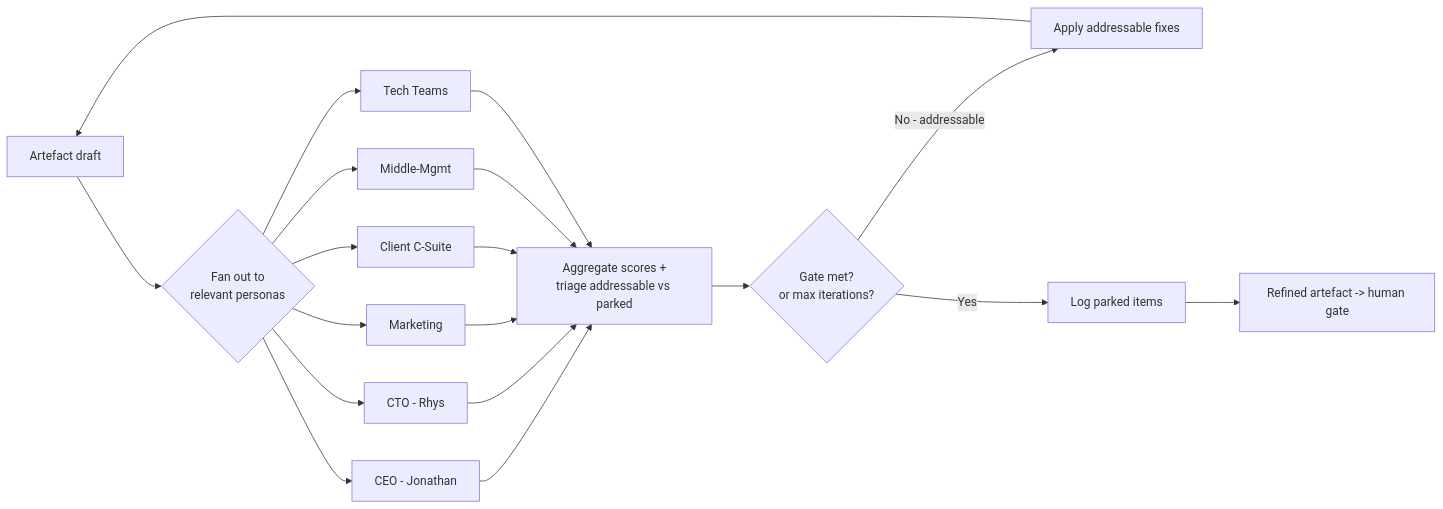
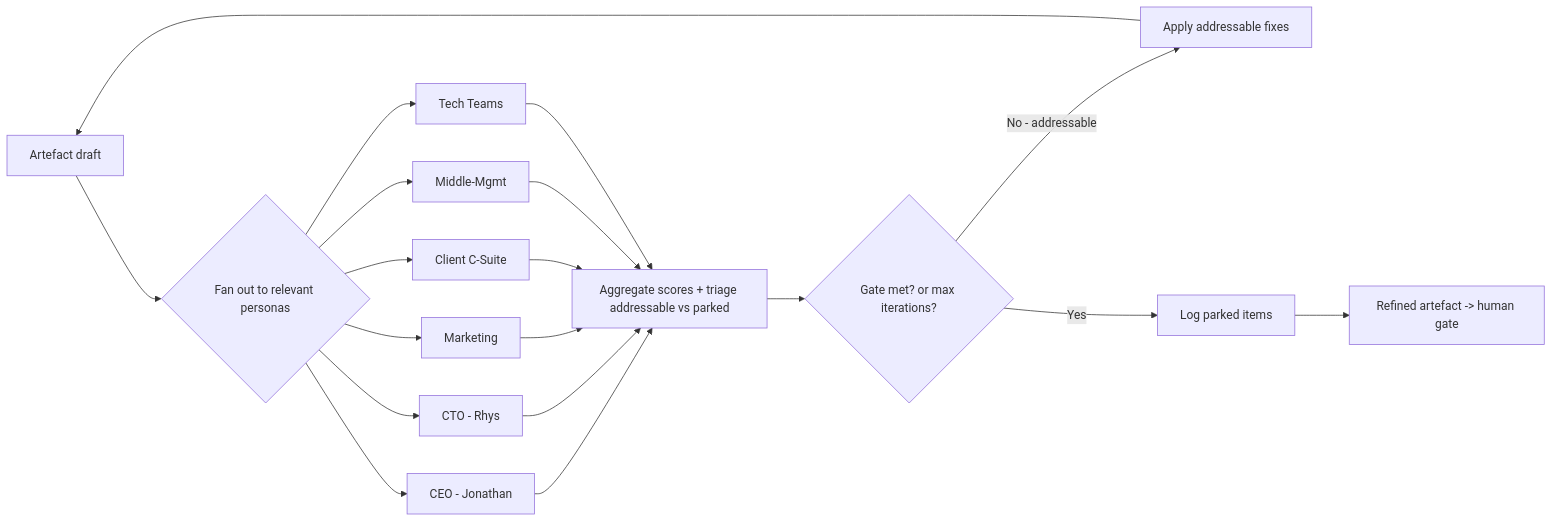
Before and after one commit to MartinWhippD55/d55-analysis: the sixth of 6 diagrams in .kiro/specs/new-programme-skill/diagram.md, drawn with Mermaid. The commit also changed other lines of this file and 11 other files, not shown here.

Commit message:
Split flow into overview + four stage diagrams; embed all in walkthrough

````diff
--- a/.kiro/specs/new-programme-skill/diagram.md
+++ b/.kiro/specs/new-programme-skill/diagram.md
@@ -49,15 +95,20 @@
 ```mermaid
 flowchart LR
-    Draft[Artefact draft] --> Fan{Fan out to<br/>relevant personas}
+    Draft[Artefact draft] --> Fan{Fan out to relevant personas}
     Fan --> P1[CEO - Jonathan]
     Fan --> P2[CTO - Rhys]
     Fan --> P3[Marketing]
     Fan --> P4[Client C-Suite]
     Fan --> P5[Middle-Mgmt]
     Fan --> P6[Tech Teams]
-    P1 & P2 & P3 & P4 & P5 & P6 --> Agg[Aggregate scores +<br/>triage addressable vs parked]
-    Agg --> Gate{Gate met?<br/>or max iterations?}
-    Gate -->|No - addressable| Fix[Apply addressable fixes]
-    Fix --> Draft
+    P1 --> Agg[Aggregate scores + triage addressable vs parked]
+    P2 --> Agg
+    P3 --> Agg
+    P4 --> Agg
+    P5 --> Agg
+    P6 --> Agg
+    Agg --> Gate{Gate met? or max iterations?}
+    Gate -->|No - addressable| Fix2[Apply addressable fixes]
+    Fix2 --> Draft
     Gate -->|Yes| Park[Log parked items] --> Out[Refined artefact -> human gate]
 ```
````
